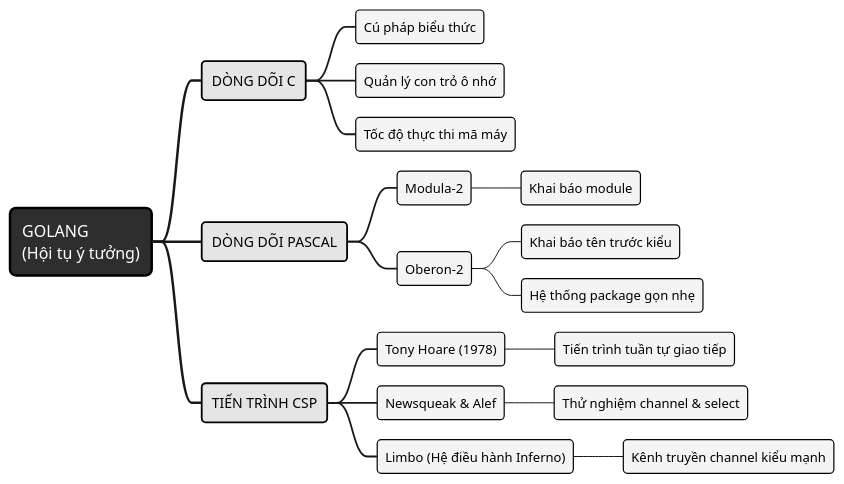
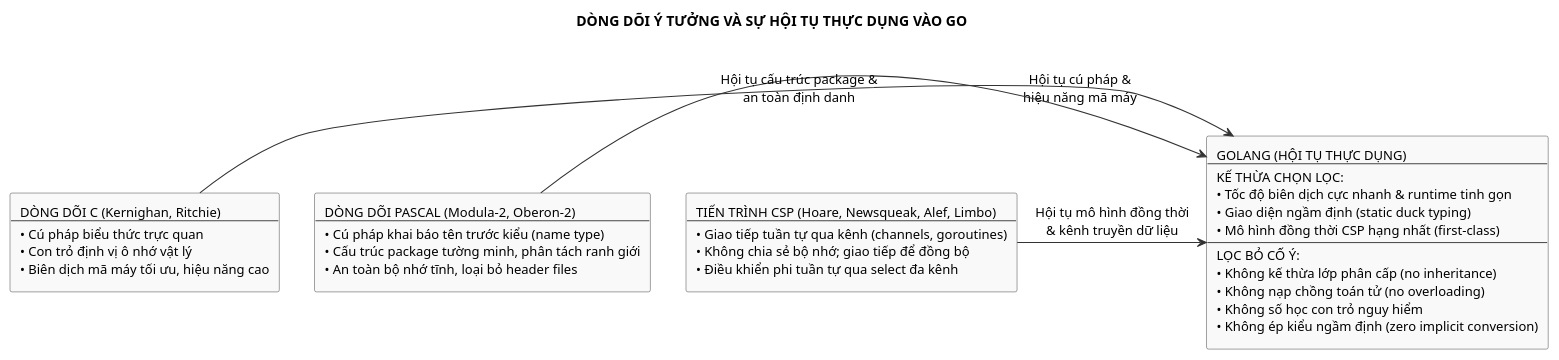
One commit to Minhlike/Golang changed the diagram in assets/diagrams/go-idea-lineage.puml. Above: the diagram before and after it, drawn with PlantUML. The commit also changed 12 other files, not shown here.

```diff
--- a/assets/diagrams/go-idea-lineage.puml
+++ b/assets/diagrams/go-idea-lineage.puml
@@ -1,52 +1,31 @@
-@startmindmap
+@startuml
 skinparam backgroundColor white
+skinparam shadowing false
 skinparam defaultFontName "Source Sans 3"
-skinparam defaultFontSize 14
-<style>
-mindmapDiagram {
-  node {
-    BackgroundColor #F4F4F4
-    LineColor #000000
-    LineThickness 1.2
-    FontColor #000000
-    FontSize 13
-    RoundCorner 8
-    Padding 8
-  }
-  :depth(0) {
-    BackgroundColor #2E2E2E
-    FontColor #FFFFFF
-    FontSize 16
-    LineThickness 2.5
-    RoundCorner 12
-    Padding 12
-  }
-  :depth(1) {
-    BackgroundColor #E5E5E5
-    FontColor #000000
-    FontSize 14
-    LineThickness 1.8
-    RoundCorner 8
-    Padding 10
-  }
+skinparam defaultFontSize 13
+skinparam defaultFontColor #000000
+
+skinparam rectangle {
+  BackgroundColor #F9F9F9
+  BorderColor #444444
+  FontColor #000000
+  RoundCorner 4
 }
-</style>
-* GOLANG\n(Hội tụ ý tưởng)
-** DÒNG DÕI C
-*** Cú pháp biểu thức
-*** Quản lý con trỏ ô nhớ
-*** Tốc độ thực thi mã máy
-** DÒNG DÕI PASCAL
-*** Modula-2
-**** Khai báo module
-*** Oberon-2
-**** Khai báo tên trước kiểu
-**** Hệ thống package gọn nhẹ
-** TIẾN TRÌNH CSP
-*** Tony Hoare (1978)
-**** Tiến trình tuần tự giao tiếp
-*** Newsqueak & Alef
-**** Thử nghiệm channel & select
-*** Limbo (Hệ điều hành Inferno)
-**** Kênh truyền channel kiểu mạnh
-@endmindmap
+
+skinparam arrowColor #333333
+skinparam ArrowThickness 1.1
+
+title DÒNG DÕI Ý TƯỞNG VÀ SỰ HỘI TỤ THỰC DỤNG VÀO GO
+
+rectangle "DÒNG DÕI C (Kernighan, Ritchie)\n---\n• Cú pháp biểu thức trực quan\n• Con trỏ định vị ô nhớ vật lý\n• Biên dịch mã máy tối ưu, hiệu năng cao" as C_Lang
+
+rectangle "DÒNG DÕI PASCAL (Modula-2, Oberon-2)\n---\n• Cú pháp khai báo tên trước kiểu (name type)\n• Cấu trúc package tường minh, phân tách ranh giới\n• An toàn bộ nhớ tĩnh, loại bỏ header files" as Pascal_Lang
+
+rectangle "TIẾN TRÌNH CSP (Hoare, Newsqueak, Alef, Limbo)\n---\n• Giao tiếp tuần tự qua kênh (channels, goroutines)\n• Không chia sẻ bộ nhớ; giao tiếp để đồng bộ\n• Điều khiển phi tuần tự qua select đa kênh" as CSP_Lang
+
+rectangle "GOLANG (HỘI TỤ THỰC DỤNG)\n---\nKẾ THỪA CHỌN LỌC:\n• Tốc độ biên dịch cực nhanh & runtime tinh gọn\n• Giao diện ngầm định (static duck typing)\n• Mô hình đồng thời CSP hạng nhất (first-class)\n---\nLỌC BỎ CỐ Ý:\n• Không kế thừa lớp phân cấp (no inheritance)\n• Không nạp chồng toán tử (no overloading)\n• Không số học con trỏ nguy hiểm\n• Không ép kiểu ngầm định (zero implicit conversion)" as Go_Lang
+
+C_Lang -right-> Go_Lang : Hội tụ cú pháp &\nhiệu năng mã máy
+Pascal_Lang -right-> Go_Lang : Hội tụ cấu trúc package &\nan toàn định danh
+CSP_Lang -right-> Go_Lang : Hội tụ mô hình đồng thời\n& kênh truyền dữ liệu
+@enduml
```
